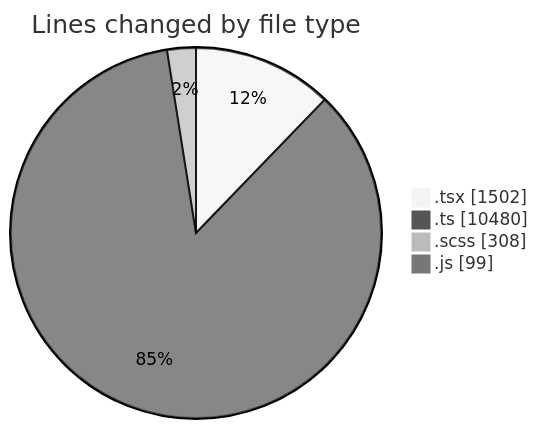
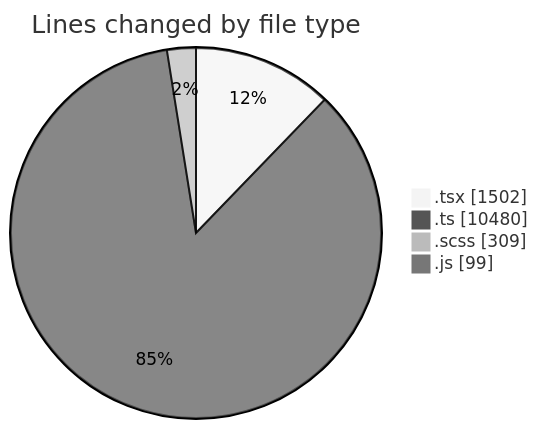
Before and after one commit to momahboobian/code-tracking: the first of 2 diagrams in 2025-03-26/cda/README.md, drawn with Mermaid (neutral theme). The commit also changed other lines of this file and 1 other file, not shown here.

````diff
--- a/2025-03-26/cda/README.md
+++ b/2025-03-26/cda/README.md
@@ -44,8 +44,8 @@
 ```mermaid
 pie showData
 title Lines changed by file type
 ".tsx" : 1502
 ".ts" : 10480
-".scss" : 308
+".scss" : 309
 ".js" : 99
 ```
````
